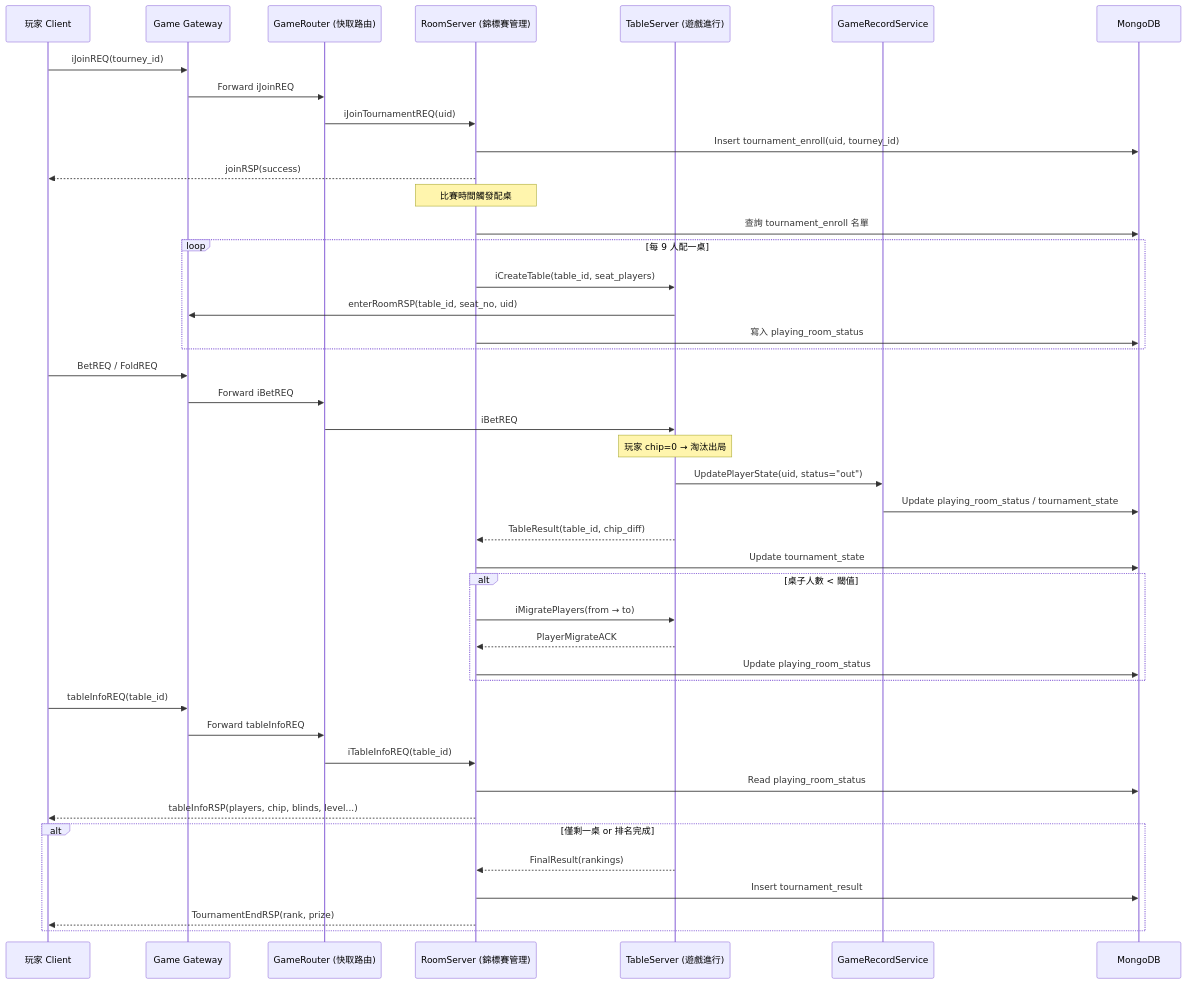
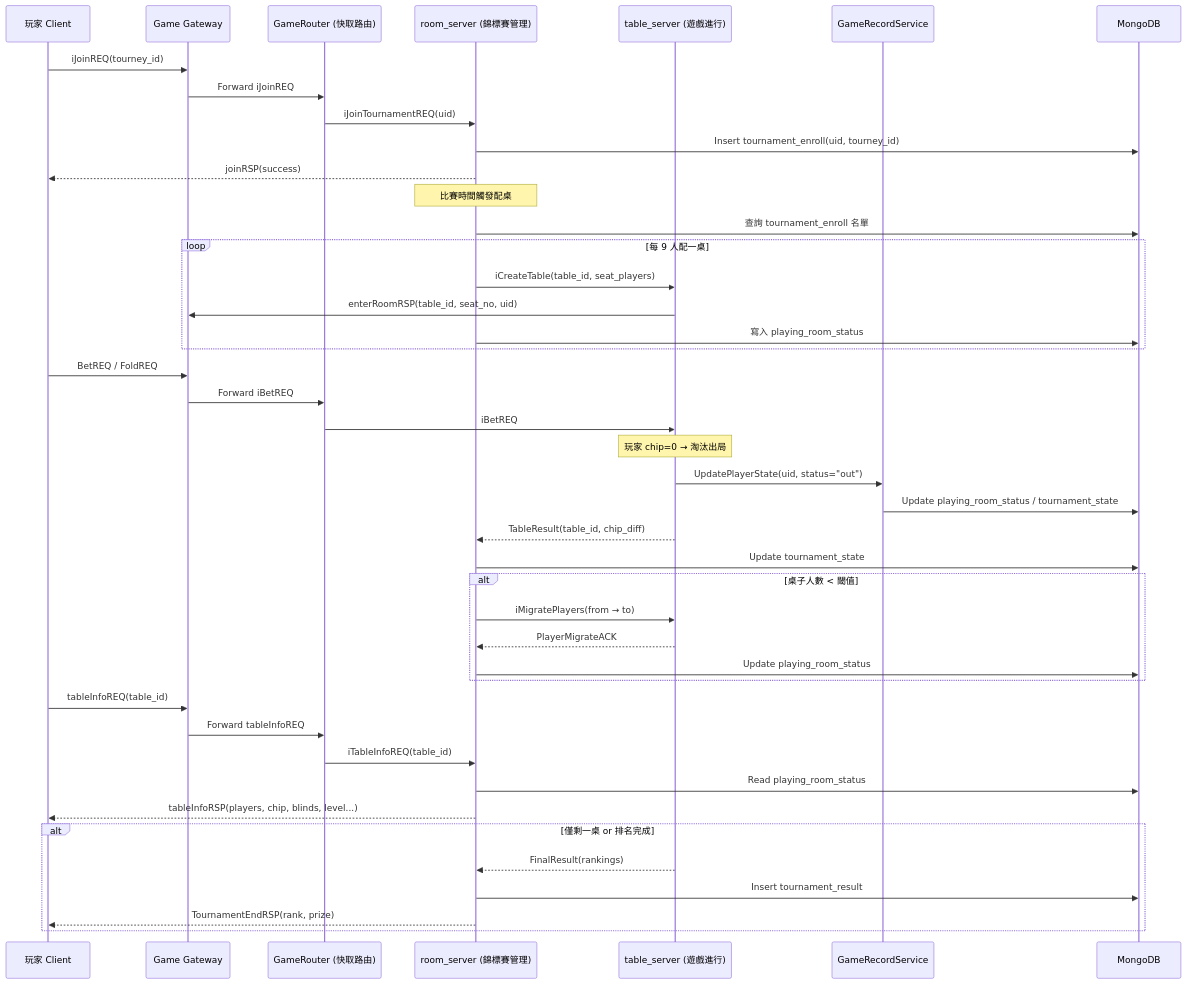
The first of 2 diagrams in tournament_flow.md (leeisman/poker_architecture), drawn with Mermaid before and after one commit. The commit also changed other lines of this file and 12 other files, not shown here.

````diff
--- a/tournament_flow.md
+++ b/tournament_flow.md
@@ -21,61 +21,61 @@
 ```mermaid
 sequenceDiagram
     participant Client as 玩家 Client
     participant Gateway as Game Gateway
     participant GameRouter as GameRouter (快取路由)
-    participant Room as RoomServer (錦標賽管理)
-    participant Table as TableServer (遊戲進行)
+    participant Room as room_server (錦標賽管理)
+    participant Table as table_server (遊戲進行)
     participant Record as GameRecordService
     participant Mongo as MongoDB
 
     %% 1. 玩家報名，但比賽尚未開始
     Client->>Gateway: iJoinREQ(tourney_id)
     Gateway->>GameRouter: Forward iJoinREQ
     GameRouter->>Room: iJoinTournamentREQ(uid)
     Room->>Mongo: Insert tournament_enroll(uid, tourney_id)
     Room-->>Client: joinRSP(success)
 
-    %% 2. 比賽開始，由 RoomServer 配桌
+    %% 2. 比賽開始，由 room_server 配桌
     Note over Room: 比賽時間觸發配桌
     Room->>Mongo: 查詢 tournament_enroll 名單
     loop 每 9 人配一桌
         Room->>Table: iCreateTable(table_id, seat_players)
         Table->>Gateway: enterRoomRSP(table_id, seat_no, uid)
         Room->>Mongo: 寫入 playing_room_status
     end
 
     %% 3. 玩家操作 Bet / Fold 等
     Client->>Gateway: BetREQ / FoldREQ
     Gateway->>GameRouter: Forward iBetREQ
     GameRouter->>Table: iBetREQ
 
     %% 4. 玩家輸光籌碼，被淘汰
     Note over Table: 玩家 chip=0 → 淘汰出局
     Table->>Record: UpdatePlayerState(uid, status="out")
     Record->>Mongo: Update playing_room_status / tournament_state
 
-    %% 5. 單桌結果回傳給 RoomServer
+    %% 5. 單桌結果回傳給 room_server
     Table-->>Room: TableResult(table_id, chip_diff)
     Room->>Mongo: Update tournament_state
 
     %% 6. 桌子人數過少，自動合桌遷移
     alt 桌子人數 < 閾值
         Room->>Table: iMigratePlayers(from → to)
         Table-->>Room: PlayerMigrateACK
         Room->>Mongo: Update playing_room_status
     end
 
     %% 7. 玩家查詢 tableInfo
     Client->>Gateway: tableInfoREQ(table_id)
     Gateway->>GameRouter: Forward tableInfoREQ
     GameRouter->>Room: iTableInfoREQ(table_id)
     Room->>Mongo: Read playing_room_status
     Room-->>Client: tableInfoRSP(players, chip, blinds, level...)
 
     %% 8. 比賽結束與結算
     alt 僅剩一桌 or 排名完成
         Table-->>Room: FinalResult(rankings)
         Room->>Mongo: Insert tournament_result
         Room-->>Client: TournamentEndRSP(rank, prize)
     end
 ```
````
